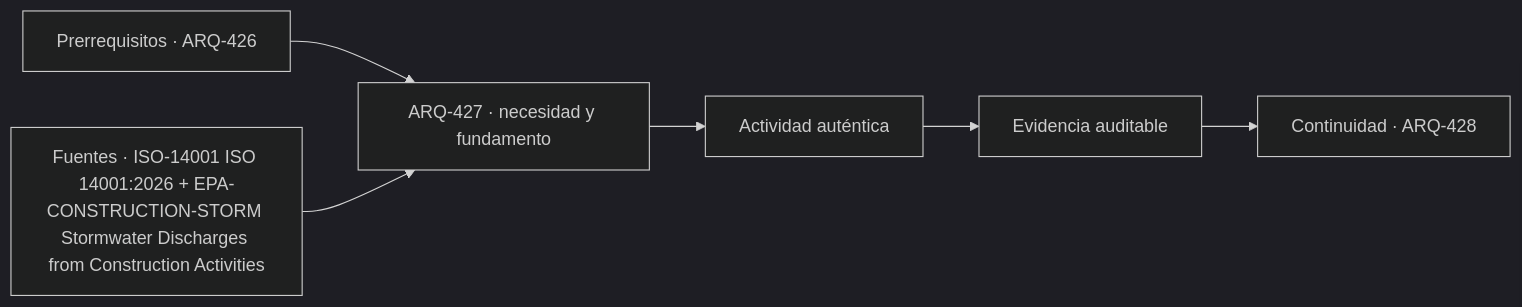
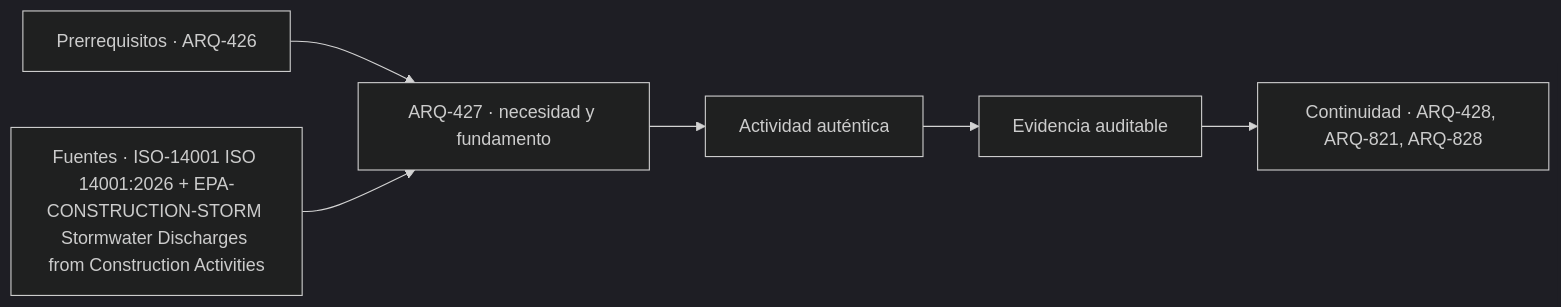
Before and after one commit to vladimiracunadev-create/architecture-built-environment-learning-program: the diagram in classes/parte-43/ARQ-427.md, drawn with Mermaid (dark theme). The commit also changed other lines of this file and 234 other files, not shown here.

````diff
--- a/classes/parte-43/ARQ-427.md
+++ b/classes/parte-43/ARQ-427.md
@@ -87,8 +87,8 @@
 ```mermaid
 flowchart LR
     A["Prerrequisitos · ARQ-426"] --> B["ARQ-427 · necesidad y fundamento"]
     S["Fuentes · ISO-14001 ISO 14001:2026 + EPA-CONSTRUCTION-STORM Stormwater Discharges from Construction Activities"] --> B
     B --> C["Actividad auténtica"]
     C --> D["Evidencia auditable"]
-    D --> E["Continuidad · ARQ-428"]
+    D --> E["Continuidad · ARQ-428, ARQ-821, ARQ-828"]
 ```
````
